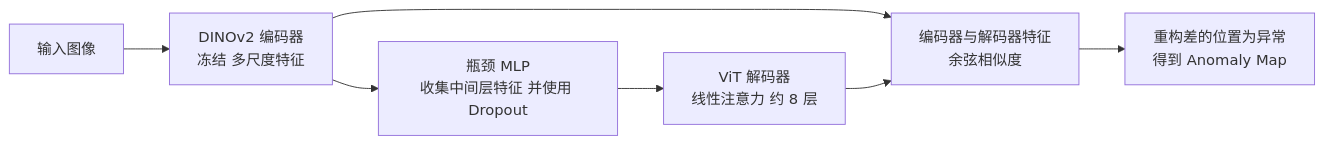
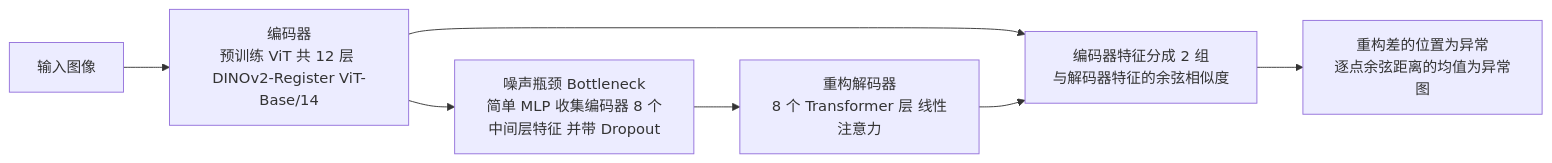
The diagram in docs/0753_paper_Dinomaly.md (junxnone/aiwiki), drawn with Mermaid before and after one commit. The commit also changed other lines of this file and 1 other file, not shown here.

````diff
--- a/docs/0753_paper_Dinomaly.md
+++ b/docs/0753_paper_Dinomaly.md
@@ -21,9 +22,9 @@
 ```mermaid
 graph LR
-    X["输入图像"] --> E["DINOv2 编码器<br/>冻结 多尺度特征"]
-    E --> B["瓶颈 MLP<br/>收集中间层特征 并使用 Dropout"]
-    B --> D["ViT 解码器<br/>线性注意力 约 8 层"]
-    E --> L["编码器与解码器特征<br/>余弦相似度"]
+    X["输入图像"] --> E["编码器<br/>预训练 ViT 共 12 层 DINOv2-Register ViT-Base/14"]
+    E --> B["噪声瓶颈 Bottleneck<br/>简单 MLP 收集编码器 8 个中间层特征 并带 Dropout"]
+    B --> D["重构解码器<br/>8 个 Transformer 层 线性注意力"]
+    E --> L["编码器特征分成 2 组<br/>与解码器特征的余弦相似度"]
     D --> L
-    L --> A["重构差的位置为异常<br/>得到 Anomaly Map"]
+    L --> A["重构差的位置为异常<br/>逐点余弦距离的均值为异常图"]
 ```
````
